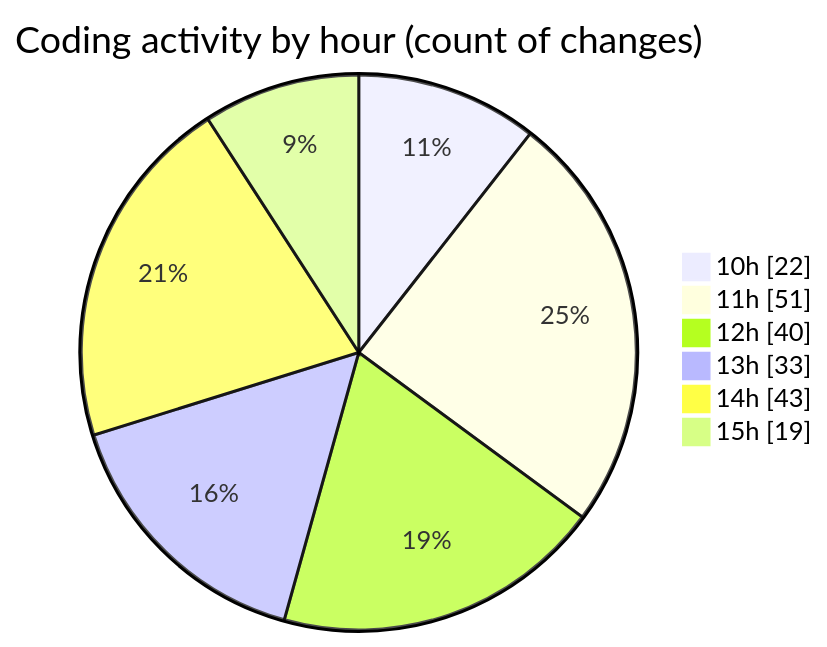
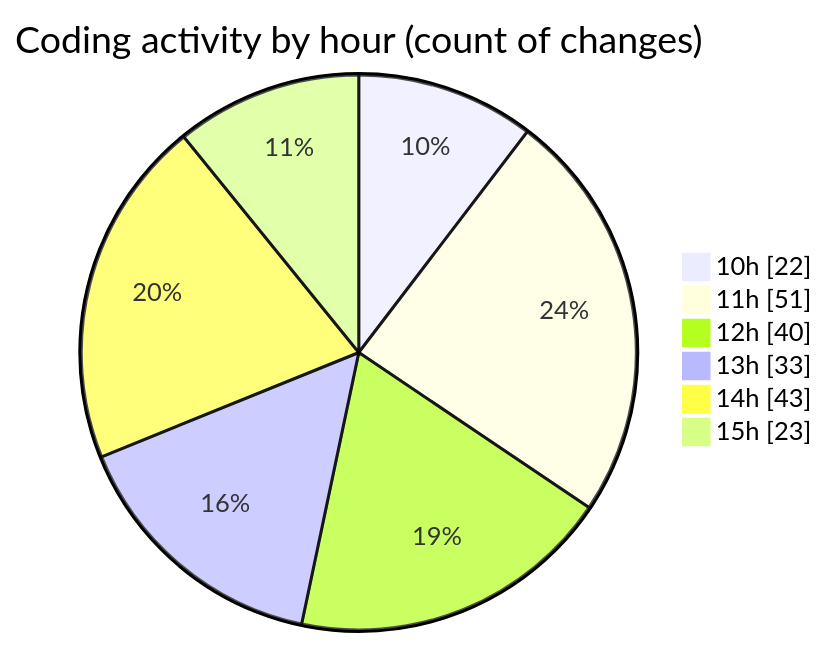
Before and after one commit to momahboobian/code-tracking: the second of 2 diagrams in 2025-04-29/cda/README.md, drawn with Mermaid. The commit also changed other lines of this file and 1 other file, not shown here.

````diff
--- a/2025-04-29/cda/README.md
+++ b/2025-04-29/cda/README.md
@@ -55,10 +55,10 @@
 ```mermaid
 pie showData
 title Coding activity by hour (count of changes)
 "10h" : 22
 "11h" : 51
 "12h" : 40
 "13h" : 33
 "14h" : 43
-"15h" : 19
+"15h" : 23
 ```
````
